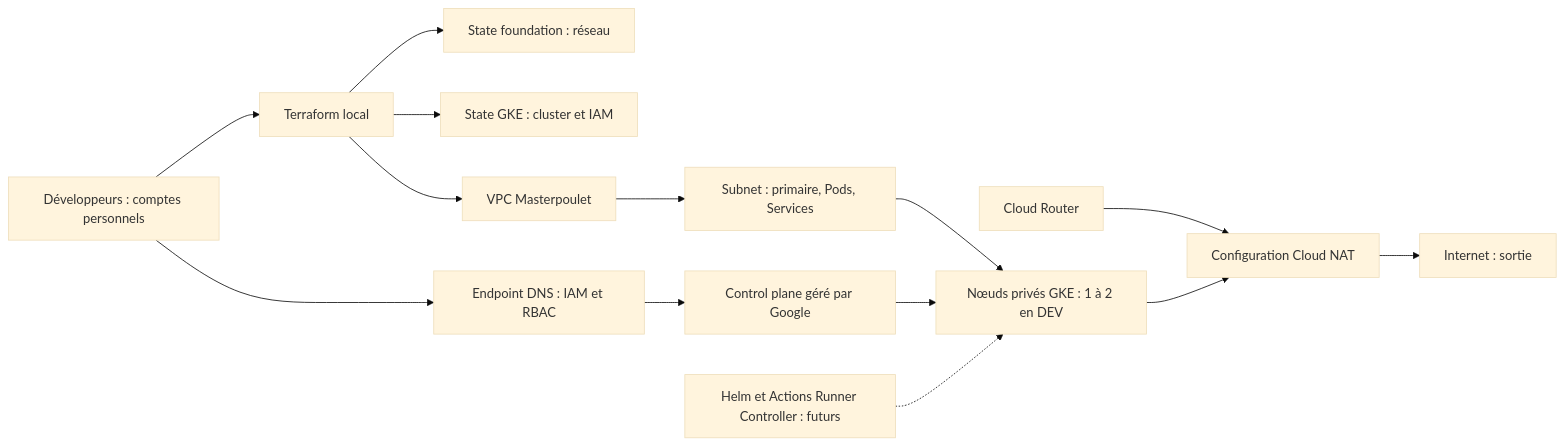
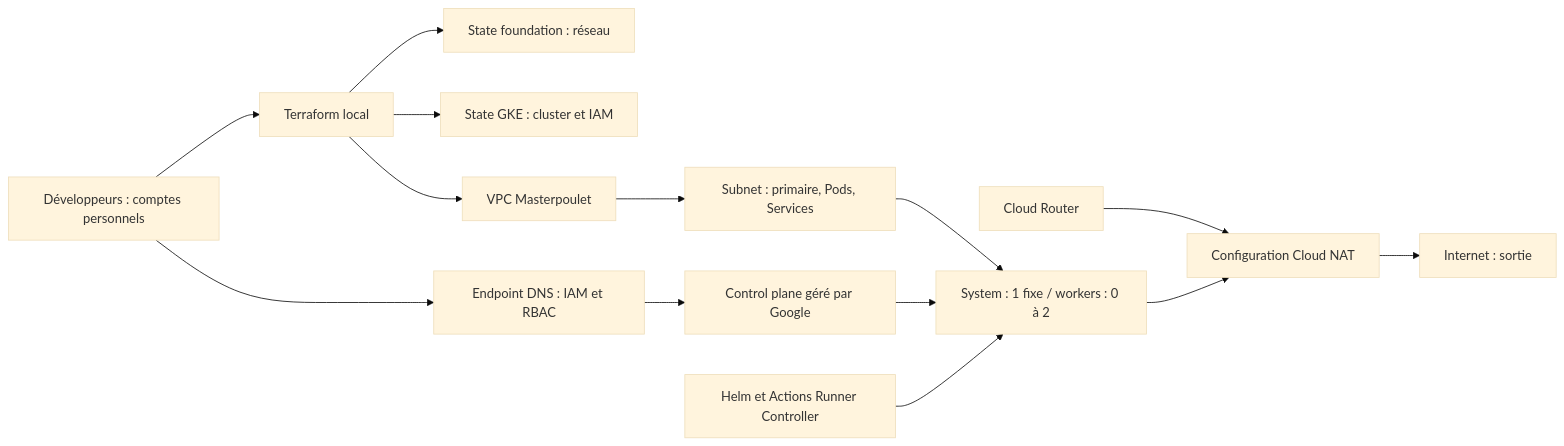
Before and after one commit to Julian52575/masterpoulet-serverless-pixelwar: the diagram in infra/README.md, drawn with Mermaid (base theme). The commit also changed other lines of this file and 20 other files, not shown here.

````diff
--- a/infra/README.md
+++ b/infra/README.md
@@ -48,15 +50,15 @@
 ```mermaid
 flowchart LR
     Dev["Développeurs : comptes personnels"] --> TF["Terraform local"]
     TF --> FS["State foundation : réseau"]
     TF --> GS["State GKE : cluster et IAM"]
     TF --> VPC["VPC Masterpoulet"]
     VPC --> Subnet["Subnet : primaire, Pods, Services"]
-    Subnet --> Nodes["Nœuds privés GKE : 1 à 2 en DEV"]
+    Subnet --> Nodes["System : 1 fixe / workers : 0 à 2"]
     Router["Cloud Router"] --> NAT["Configuration Cloud NAT"]
     Nodes --> NAT --> Internet["Internet : sortie"]
     Dev --> DNS["Endpoint DNS : IAM et RBAC"]
     DNS --> CP["Control plane géré par Google"]
     CP --> Nodes
-    Future["Helm et Actions Runner Controller : futurs"] -.-> Nodes
+    Future["Helm et Actions Runner Controller"] --> Nodes
 ```
````
